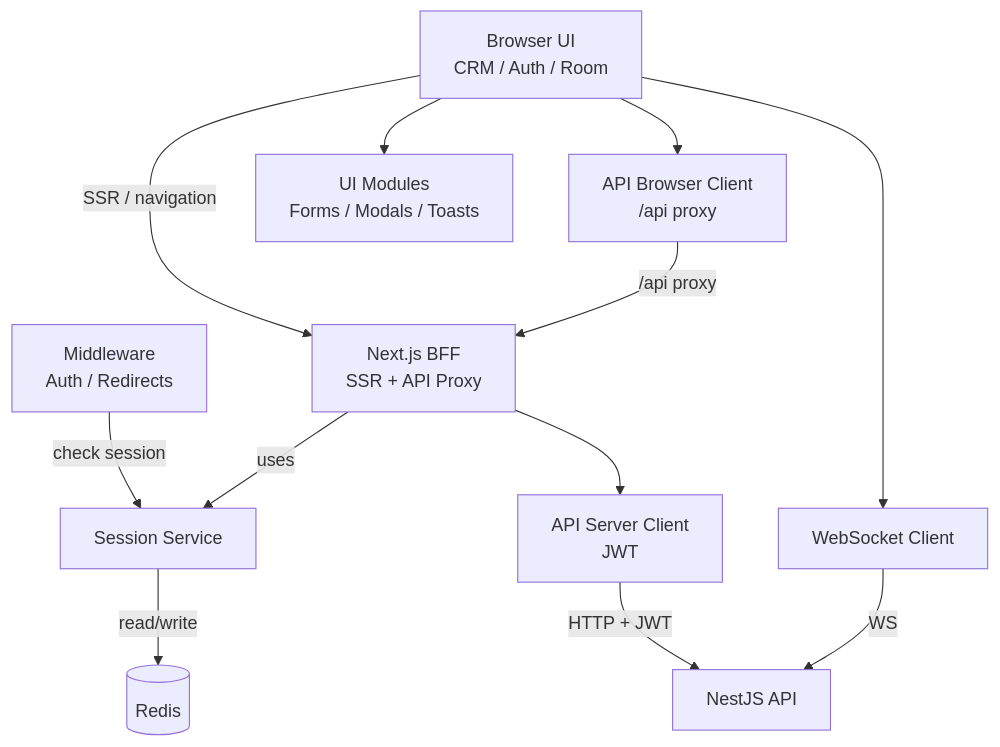
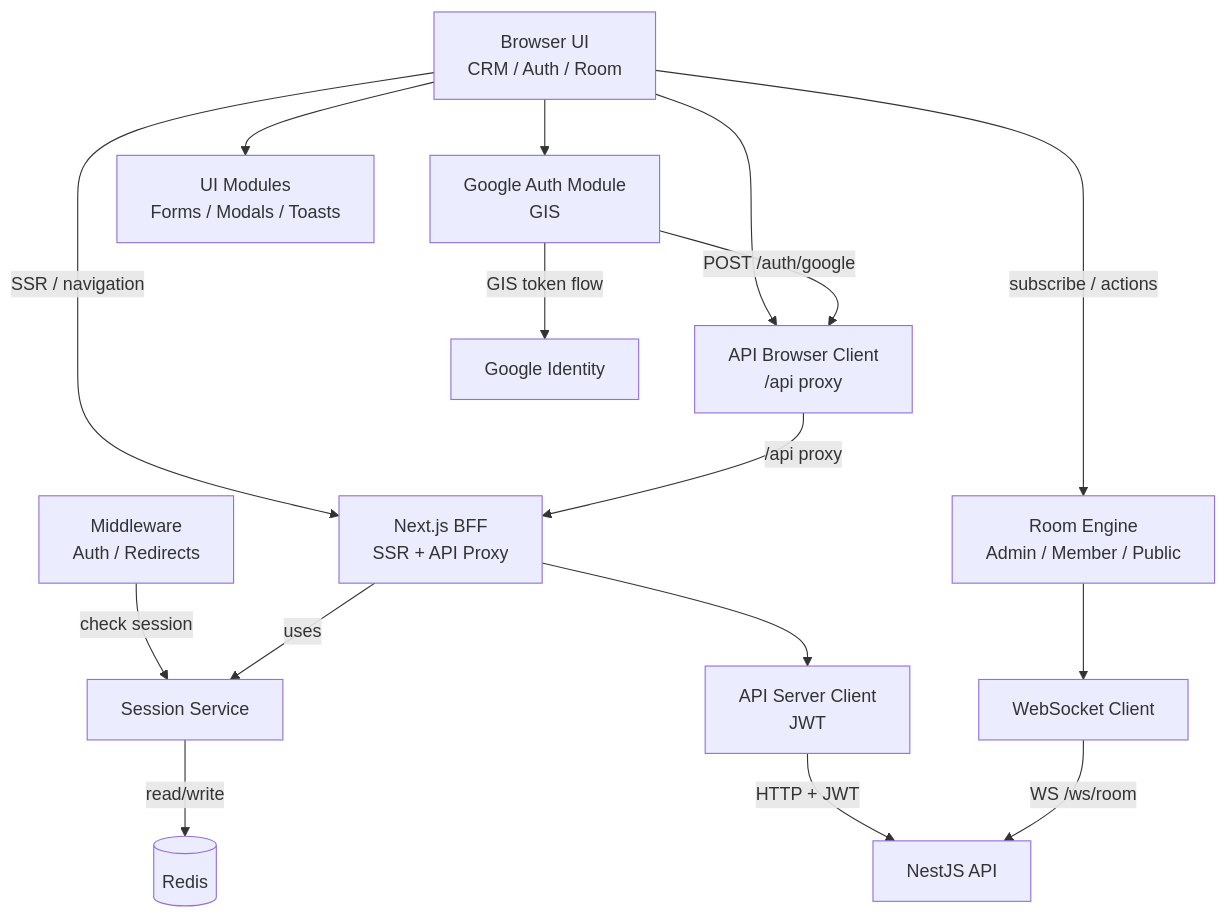
Before and after one commit to NativeJedi/auction-hub-app: the fourth of 4 diagrams in docs/c4/C4_graph.md, drawn with Mermaid. The commit also changed other lines of this file and 8 other files, not shown here.

````diff
--- a/docs/c4/C4_graph.md
+++ b/docs/c4/C4_graph.md
@@ -107,53 +128,64 @@
 ```mermaid
 graph TD
 
 %% UI
     UI[Browser UI<br/>CRM / Auth / Room]
 
 %% BFF
     BFF[Next.js BFF<br/>SSR + API Proxy]
 
     Middleware[Middleware<br/>Auth / Redirects]
     Session[Session Service]
 
 %% API clients
     ApiServer[API Server Client<br/>JWT]
     ApiClient[API Browser Client<br/>/api proxy]
 
 %% Realtime
+    Engine[Room Engine<br/>Admin / Member / Public]
     Socket[WebSocket Client]
+
+%% Google Sign-In
+    GAuth[Google Auth Module<br/>GIS]
 
 %% UI modules
     UIX[UI Modules<br/>Forms / Modals / Toasts]
 
 %% External
     Redis[(Redis)]
     API[NestJS API]
+    Google[Google Identity]
 
 %% Flow
 
 %% Browser → BFF
     UI -->|SSR / navigation| BFF
 
 %% Middleware
     Middleware -->|check session| Session
 
 %% Sessions
     BFF -->|uses| Session
     Session -->|read/write| Redis
 
 %% API (server)
     BFF --> ApiServer
     ApiServer -->|HTTP + JWT| API
 
 %% API (client)
     UI --> ApiClient
     ApiClient -->|/api proxy| BFF
 
-%% WebSocket
-    UI --> Socket
-    Socket -->|WS| API
+%% Room Engine + WebSocket
+    UI -->|subscribe / actions| Engine
+    Engine --> Socket
+    Socket -->|WS /ws/room| API
+
+%% Google Sign-In
+    UI --> GAuth
+    GAuth -->|GIS token flow| Google
+    GAuth -->|POST /auth/google| ApiClient
 
 %% UI modules
     UI --> UIX
 ```
````
